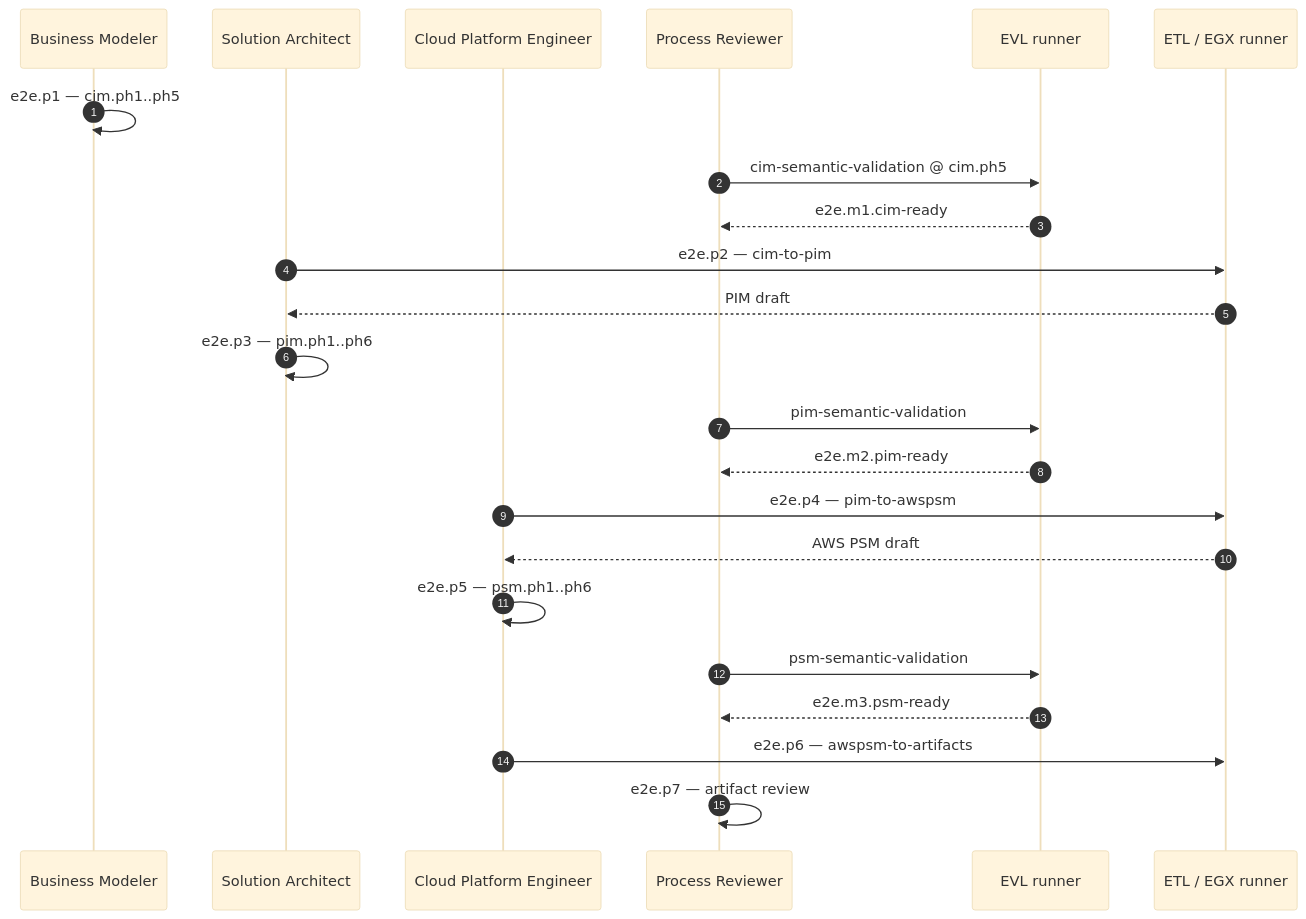
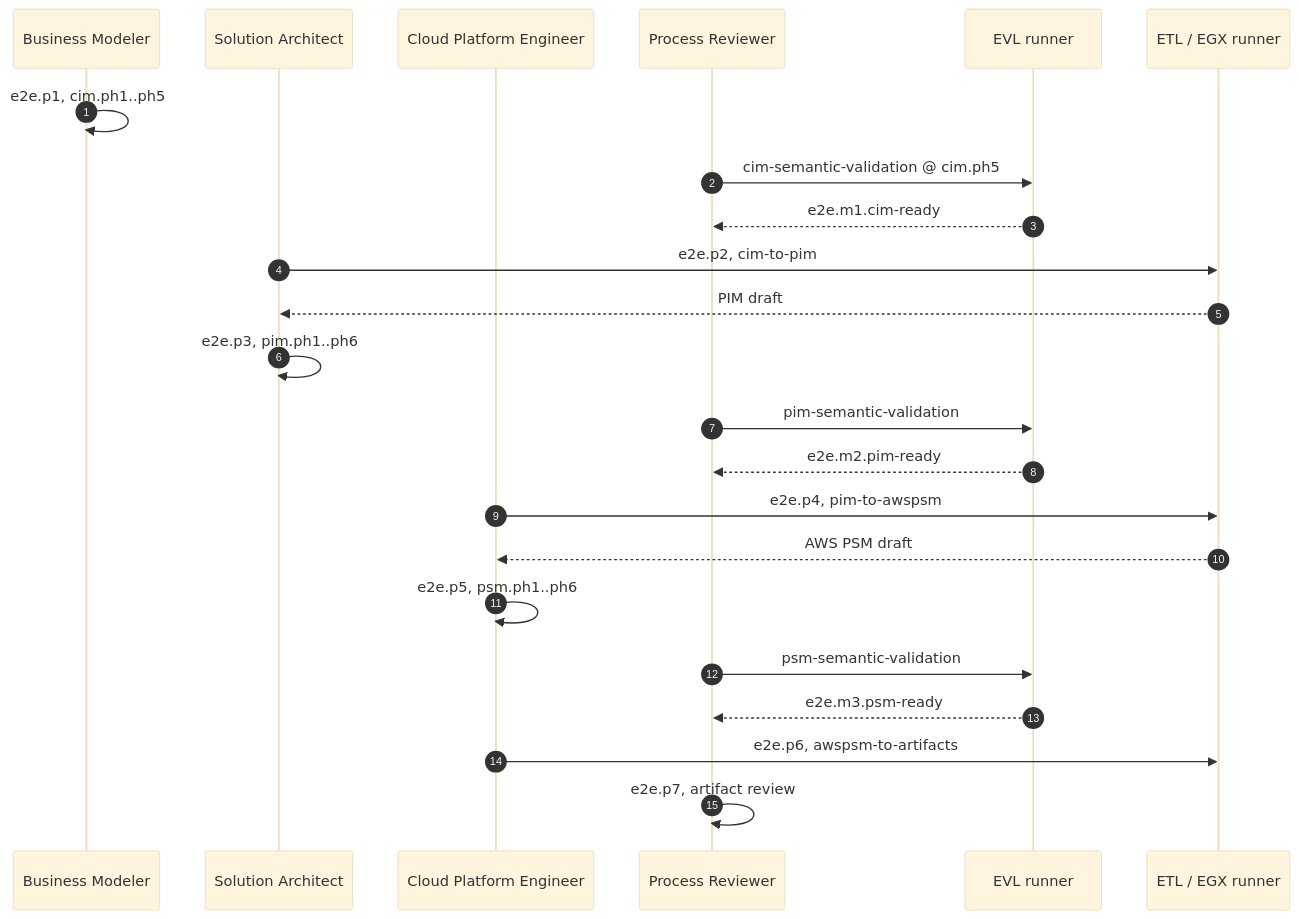
One commit to mehdieidi/modriss changed the third of 3 diagrams in docs/diagrams/27-end-to-end-methodology.md. Above: the diagram before and after it, drawn with Mermaid (base theme). The commit also changed other lines of this file and 123 other files, not shown here.

````diff
--- a/docs/diagrams/27-end-to-end-methodology.md
+++ b/docs/diagrams/27-end-to-end-methodology.md
@@ -77,29 +77,29 @@
 ```mermaid
 sequenceDiagram
     autonumber
     participant BM as Business Modeler
     participant SA as Solution Architect
     participant CPE as Cloud Platform Engineer
     participant PR as Process Reviewer
     participant EVL as EVL runner
     participant ETL as ETL / EGX runner
 
-    BM->>BM: e2e.p1 — cim.ph1..ph5
+    BM->>BM: e2e.p1, cim.ph1..ph5
     PR->>EVL: cim-semantic-validation @ cim.ph5
     EVL-->>PR: e2e.m1.cim-ready
 
-    SA->>ETL: e2e.p2 — cim-to-pim
+    SA->>ETL: e2e.p2, cim-to-pim
     ETL-->>SA: PIM draft
-    SA->>SA: e2e.p3 — pim.ph1..ph6
+    SA->>SA: e2e.p3, pim.ph1..ph6
     PR->>EVL: pim-semantic-validation
     EVL-->>PR: e2e.m2.pim-ready
 
-    CPE->>ETL: e2e.p4 — pim-to-awspsm
+    CPE->>ETL: e2e.p4, pim-to-awspsm
     ETL-->>CPE: AWS PSM draft
-    CPE->>CPE: e2e.p5 — psm.ph1..ph6
+    CPE->>CPE: e2e.p5, psm.ph1..ph6
     PR->>EVL: psm-semantic-validation
     EVL-->>PR: e2e.m3.psm-ready
 
-    CPE->>ETL: e2e.p6 — awspsm-to-artifacts
-    PR->>PR: e2e.p7 — artifact review
+    CPE->>ETL: e2e.p6, awspsm-to-artifacts
+    PR->>PR: e2e.p7, artifact review
 ```
````
